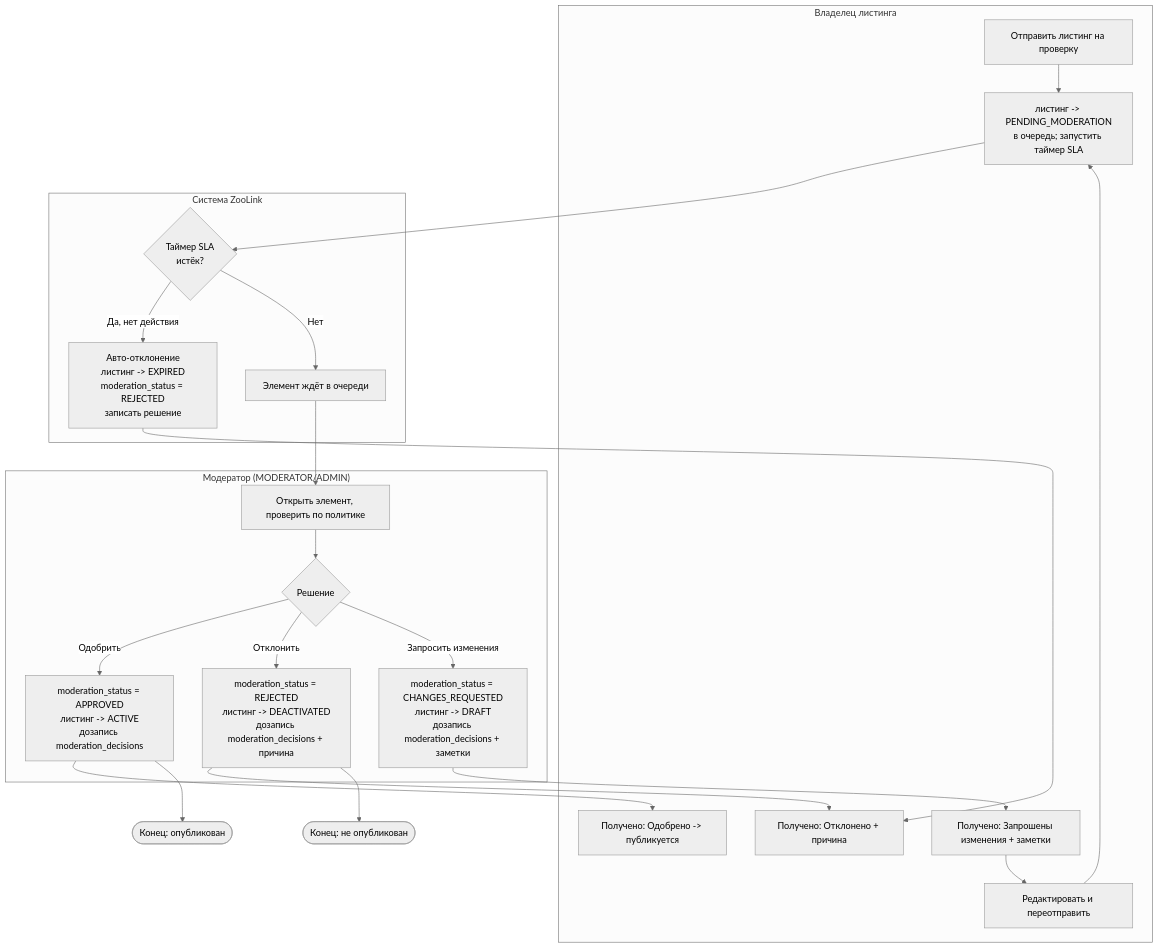
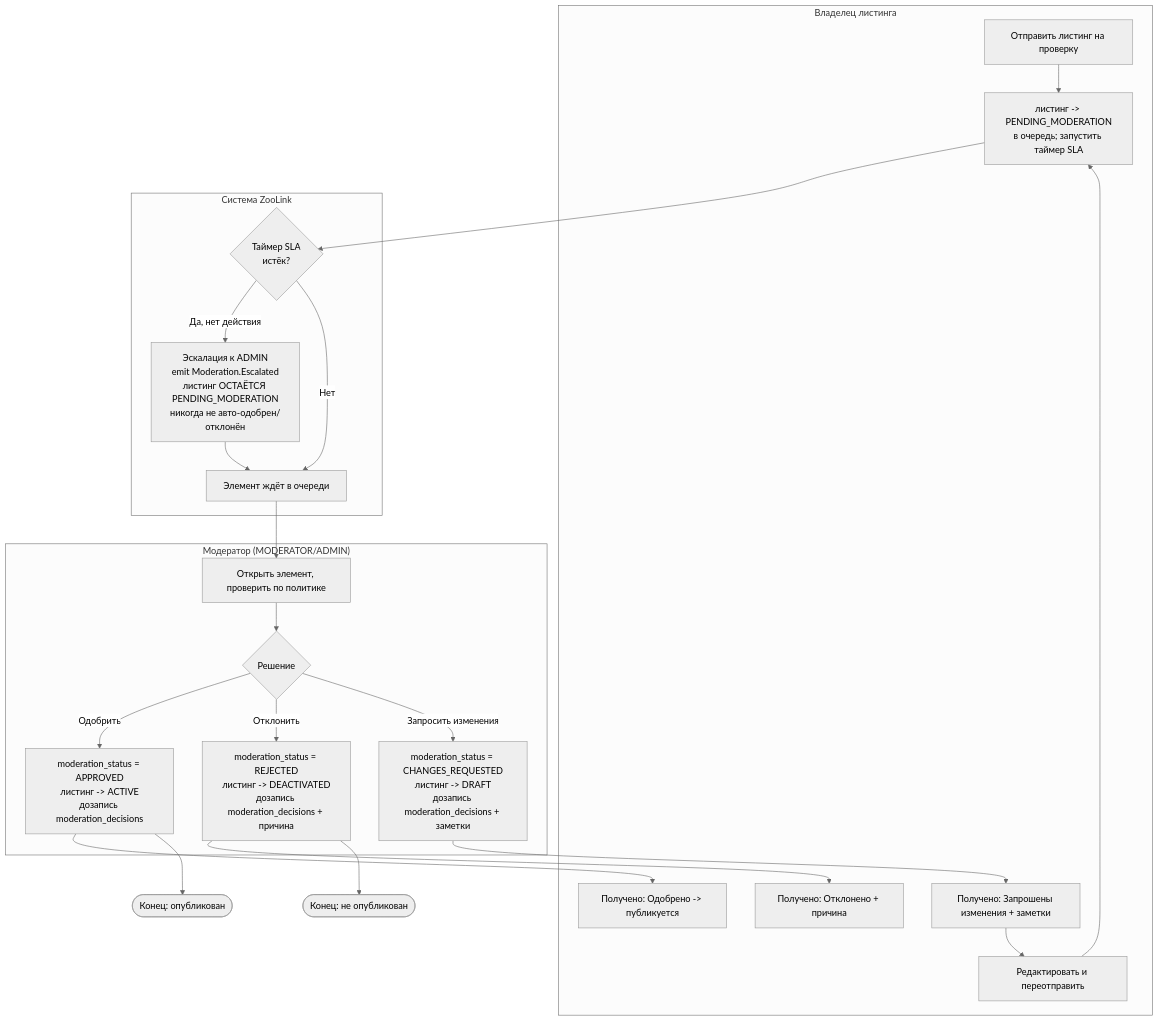
The first of 2 diagrams in docsRU/specs/12-moderation-domain.md (Aleksandr-Sulimenko/ZooLink), drawn with Mermaid (neutral theme) before and after one commit. The commit also changed other lines of this file and 9 other files, not shown here.

````diff
--- a/docsRU/specs/12-moderation-domain.md
+++ b/docsRU/specs/12-moderation-domain.md
@@ -63,32 +63,32 @@
 ```mermaid
 flowchart TD
     subgraph Owner["Владелец листинга"]
         A[Отправить листинг на проверку] --> Q
         N1[Получено: Одобрено -> публикуется]
         N2[Получено: Отклонено + причина]
         N3[Получено: Запрошены изменения + заметки]
         N3 --> ED[Редактировать и переотправить]
         ED --> Q
     end
 
     subgraph System["Система ZooLink"]
         Q[листинг -> PENDING_MODERATION<br/>в очередь; запустить таймер SLA] --> SLA{Таймер SLA<br/>истёк?}
-        SLA -- Да, нет действия --> TO[Авто-отклонение<br/>листинг -> EXPIRED<br/>moderation_status = REJECTED<br/>записать решение]
+        SLA -- Да, нет действия --> TO[Эскалация к ADMIN<br/>emit Moderation.Escalated<br/>листинг ОСТАЁТСЯ PENDING_MODERATION<br/>никогда не авто-одобрен/отклонён]
         SLA -- Нет --> WAIT[Элемент ждёт в очереди]
+        TO --> WAIT
     end
 
     subgraph Moderator["Модератор (MODERATOR/ADMIN)"]
         WAIT --> R[Открыть элемент, проверить по политике]
         R --> D{Решение}
         D -- Одобрить --> AP[moderation_status = APPROVED<br/>листинг -> ACTIVE<br/>дозапись moderation_decisions]
         D -- Отклонить --> RJ[moderation_status = REJECTED<br/>листинг -> DEACTIVATED<br/>дозапись moderation_decisions + причина]
         D -- Запросить изменения --> CR[moderation_status = CHANGES_REQUESTED<br/>листинг -> DRAFT<br/>дозапись moderation_decisions + заметки]
     end
 
     AP --> N1
     RJ --> N2
     CR --> N3
-    TO --> N2
     AP --> E([Конец: опубликован])
     RJ --> E2([Конец: не опубликован])
 ```
````
